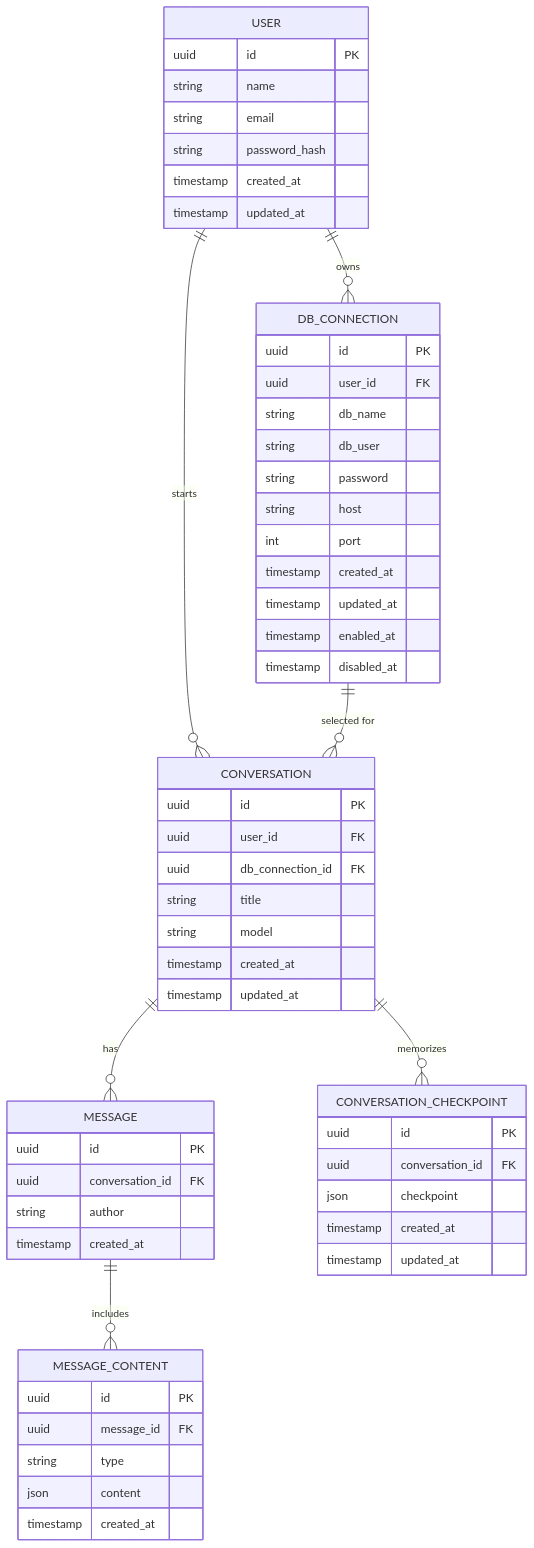
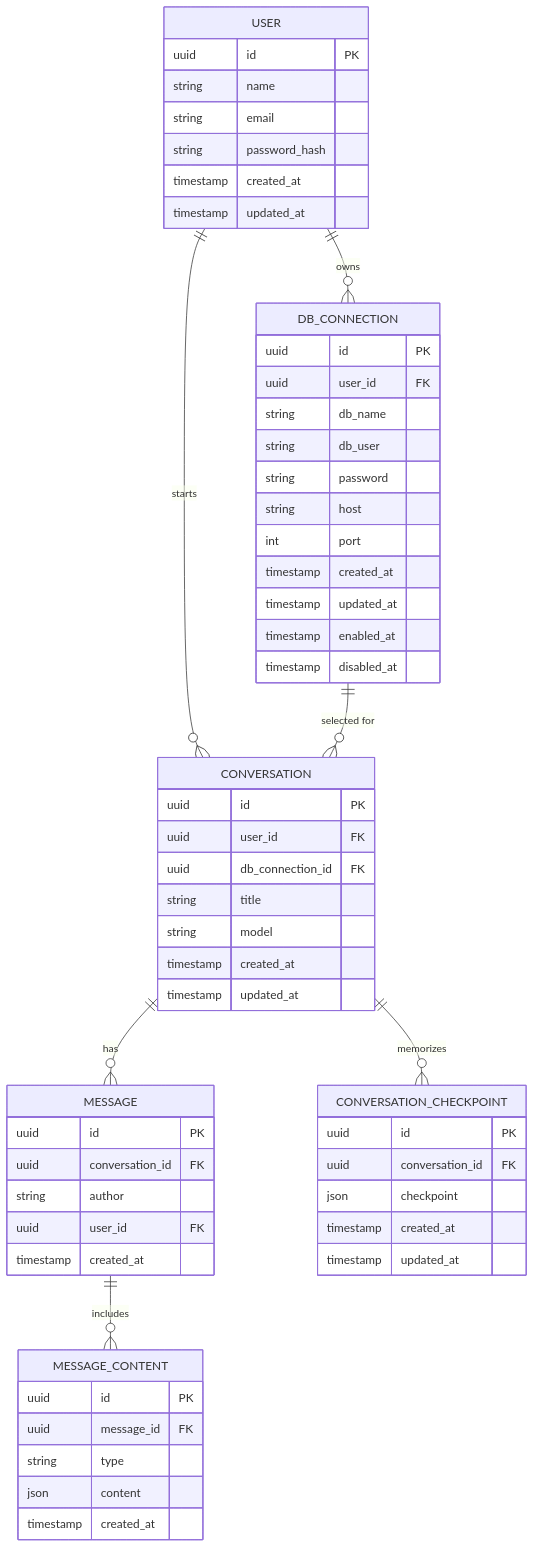
Before and after one commit to benjyongzh/llm-data-analyst: the fourth of 4 diagrams in README.md, drawn with Mermaid. The commit also changed 4 other files, not shown here.

````diff
--- a/README.md
+++ b/README.md
@@ -249,70 +249,71 @@
 ```mermaid
 erDiagram
     USER ||--o{ DB_CONNECTION : owns
     USER ||--o{ CONVERSATION : starts
     DB_CONNECTION ||--o{ CONVERSATION : "selected for"
     CONVERSATION ||--o{ MESSAGE : has
     MESSAGE ||--o{ MESSAGE_CONTENT : includes
     %% CONVERSATION ||--o{ CONVO_SUMMARY : summarizes
     CONVERSATION ||--o{ CONVERSATION_CHECKPOINT : memorizes
 
     USER {
         uuid id PK
         string name
         string email
         string password_hash
         timestamp created_at
         timestamp updated_at
     }
     DB_CONNECTION {
         uuid id PK
         uuid user_id FK
         string db_name
         string db_user
         string password
         string host
         int port
         timestamp created_at
         timestamp updated_at
         timestamp enabled_at
         timestamp disabled_at
     }
     CONVERSATION {
         uuid id PK
         uuid user_id FK
         uuid db_connection_id FK
         string title
         string model
         timestamp created_at
         timestamp updated_at
     }
     MESSAGE {
         uuid id PK
         uuid conversation_id FK
         string author
+        uuid user_id FK
         timestamp created_at
     }
     MESSAGE_CONTENT {
         uuid id PK
         uuid message_id FK
         string type
         json content
         timestamp created_at
     }
     %% CONVO_SUMMARY {
     %%     uuid id PK
     %%     uuid conversation_id FK
     %%     text summary
     %%     uuid last_message_id FK
     %%     int token_count
     %%     timestamp created_at
     %%     timestamp updated_at
     %% }
     CONVERSATION_CHECKPOINT {
         uuid id PK
         uuid conversation_id FK
         json checkpoint
         timestamp created_at
         timestamp updated_at
     }
 ```
````
